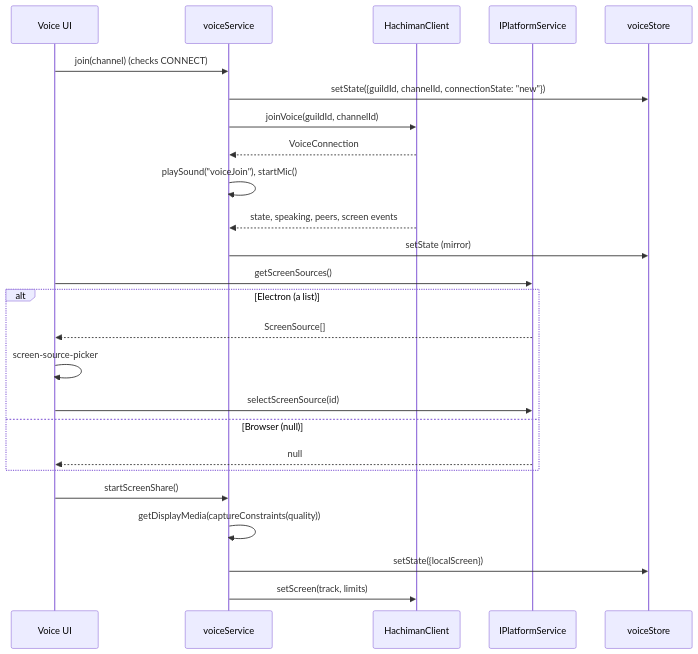
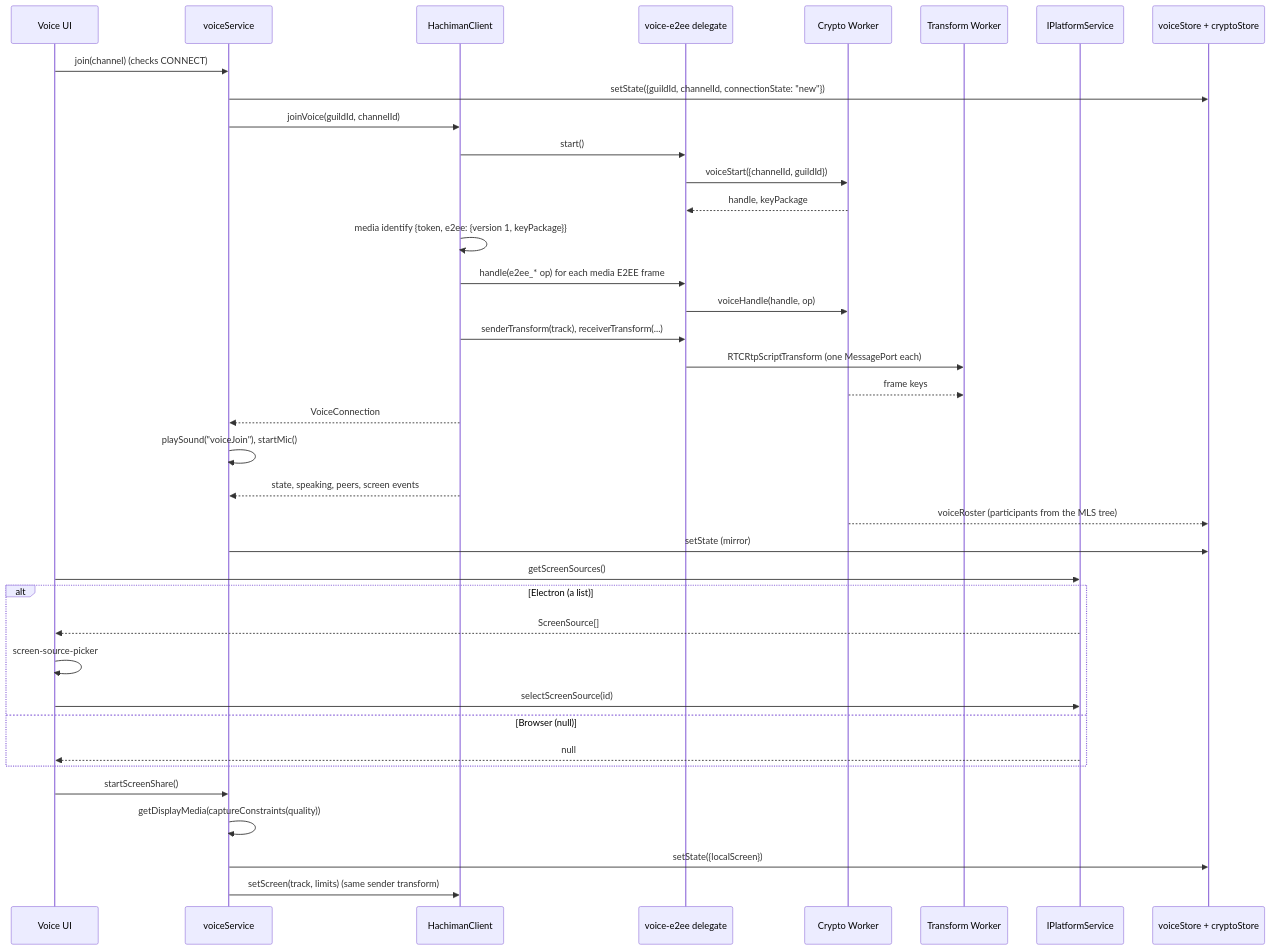
One commit to dan-hummelstad/hachiman changed the fourth of 4 diagrams in apps/hachiman/README.md. Above: the diagram before and after it, drawn with Mermaid. The commit also changed other lines of this file and 339 other files, not shown here.

Commit message:
feat(e2ee): implement crypto package, Takusen DS, gateway/media, client lib, UI and hosts

````diff
--- a/apps/hachiman/README.md
+++ b/apps/hachiman/README.md
@@ -171,29 +210,42 @@
 ```mermaid
 sequenceDiagram
   participant VR as Voice UI
   participant VS as voiceService
   participant HC as HachimanClient
+  participant VE as voice-e2ee delegate
+  participant CW as Crypto Worker
+  participant TW as Transform Worker
   participant PL as IPlatformService
-  participant VST as voiceStore
+  participant VST as voiceStore + cryptoStore
 
   VR->>VS: join(channel) (checks CONNECT)
   VS->>VST: setState({guildId, channelId, connectionState: "new"})
   VS->>HC: joinVoice(guildId, channelId)
+  HC->>VE: start()
+  VE->>CW: voiceStart({channelId, guildId})
+  CW-->>VE: handle, keyPackage
+  HC->>HC: media identify {token, e2ee: {version 1, keyPackage}}
+  HC->>VE: handle(e2ee_* op) for each media E2EE frame
+  VE->>CW: voiceHandle(handle, op)
+  HC->>VE: senderTransform(track), receiverTransform(...)
+  VE->>TW: RTCRtpScriptTransform (one MessagePort each)
+  CW-->>TW: frame keys
   HC-->>VS: VoiceConnection
   VS->>VS: playSound("voiceJoin"), startMic()
   HC-->>VS: state, speaking, peers, screen events
+  CW-->>VST: voiceRoster (participants from the MLS tree)
   VS->>VST: setState (mirror)
 
   VR->>PL: getScreenSources()
   alt Electron (a list)
     PL-->>VR: ScreenSource[]
     VR->>VR: screen-source-picker
     VR->>PL: selectScreenSource(id)
   else Browser (null)
     PL-->>VR: null
   end
   VR->>VS: startScreenShare()
   VS->>VS: getDisplayMedia(captureConstraints(quality))
   VS->>VST: setState({localScreen})
-  VS->>HC: setScreen(track, limits)
+  VS->>HC: setScreen(track, limits) (same sender transform)
 ```
````
